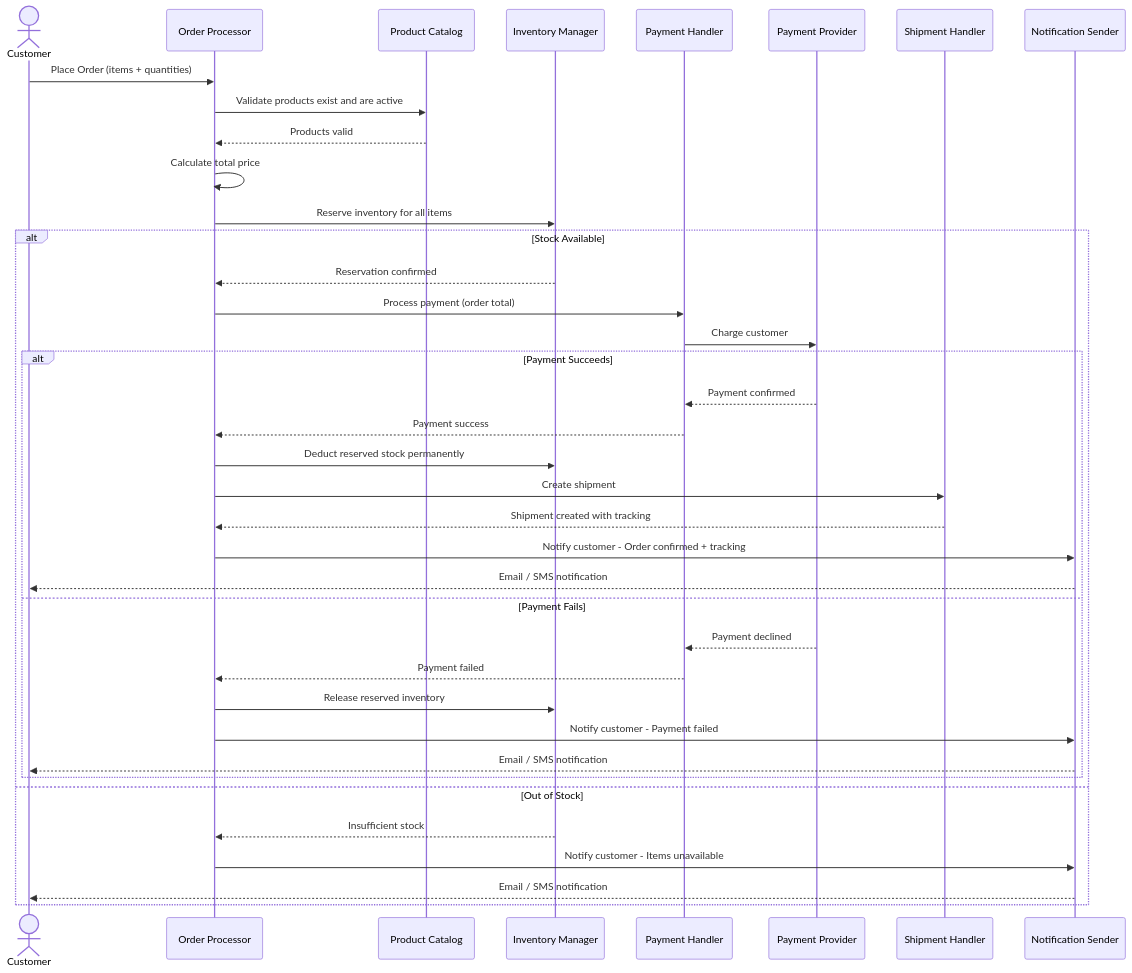
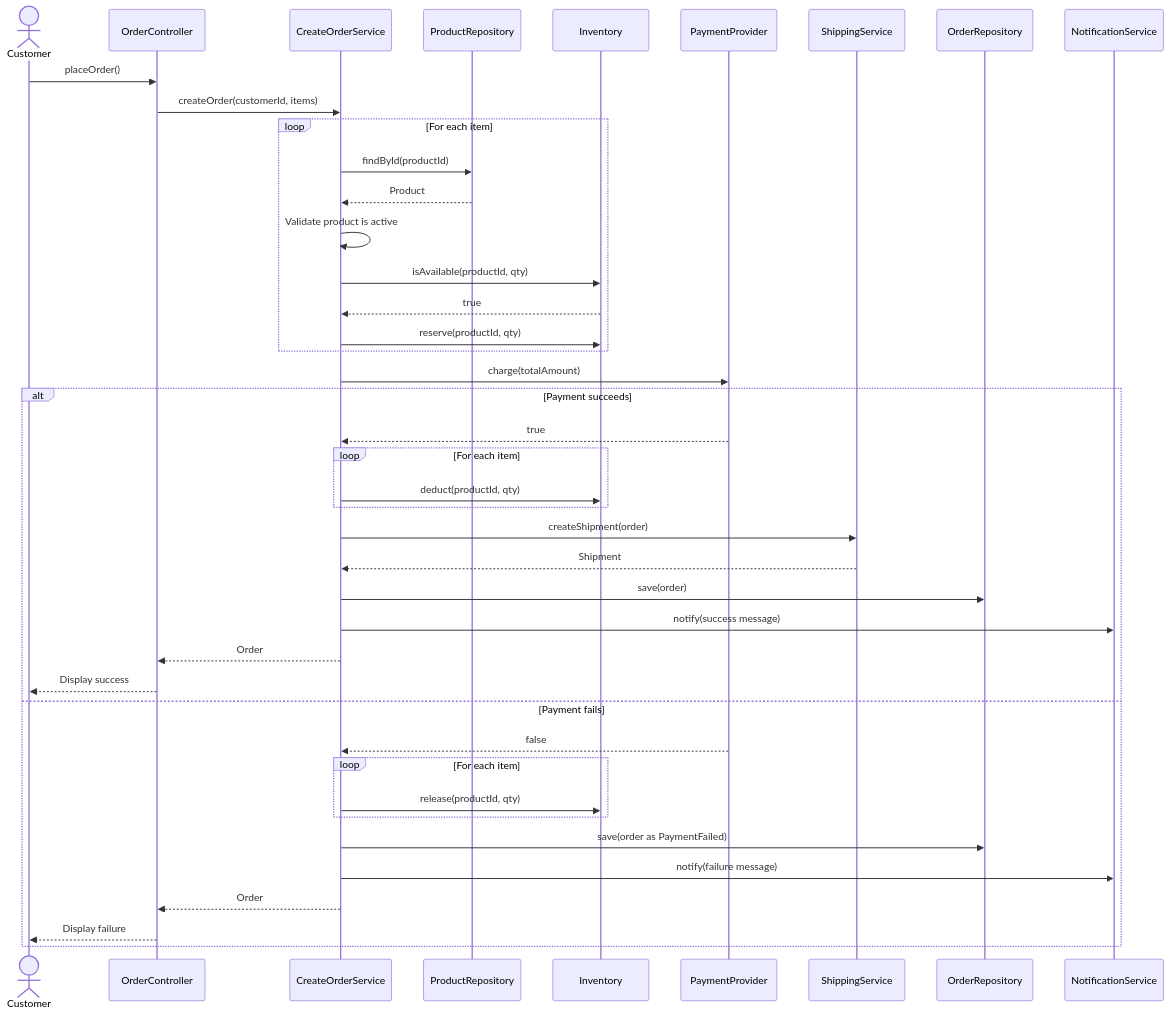
One commit to GziXnine/Order_Management_System changed the third of 6 diagrams in README.md. Above: the diagram before and after it, drawn with Mermaid. The commit also changed other lines of this file and 3 other files, not shown here.

````diff
--- a/README.md
+++ b/README.md
@@ -227,44 +279,48 @@
 ```mermaid
 sequenceDiagram
     actor C as Customer
-    participant O as Order Processor
-    participant P as Product Catalog
-    participant I as Inventory Manager
-    participant Pay as Payment Handler
-    participant PP as Payment Provider
-    participant S as Shipment Handler
-    participant N as Notification Sender
+    participant Ctrl as OrderController
+    participant Svc as CreateOrderService
+    participant PR as ProductRepository
+    participant I as Inventory
+    participant Pay as PaymentProvider
+    participant Ship as ShippingService
+    participant Repo as OrderRepository
+    participant N as NotificationService
 
-    C->>O: Place Order (items + quantities)
-    O->>P: Validate products exist and are active
-    P-->>O: Products valid
+    C->>Ctrl: placeOrder()
+    Ctrl->>Svc: createOrder(customerId, items)
 
-    O->>O: Calculate total price
-    O->>I: Reserve inventory for all items
-    
-    alt Stock Available
-        I-->>O: Reservation confirmed
-        O->>Pay: Process payment (order total)
-        Pay->>PP: Charge customer
-        
-        alt Payment Succeeds
-            PP-->>Pay: Payment confirmed
-            Pay-->>O: Payment success
-            O->>I: Deduct reserved stock permanently
-            O->>S: Create shipment
-            S-->>O: Shipment created with tracking
-            O->>N: Notify customer - Order confirmed + tracking
-            N-->>C: Email / SMS notification
-        else Payment Fails
-            PP-->>Pay: Payment declined
-            Pay-->>O: Payment failed
-            O->>I: Release reserved inventory
-            O->>N: Notify customer - Payment failed
-            N-->>C: Email / SMS notification
+    loop For each item
+        Svc->>PR: findById(productId)
+        PR-->>Svc: Product
+        Svc->>Svc: Validate product is active
+        Svc->>I: isAvailable(productId, qty)
+        I-->>Svc: true
+        Svc->>I: reserve(productId, qty)
+    end
+
+    Svc->>Pay: charge(totalAmount)
+
+    alt Payment succeeds
+        Pay-->>Svc: true
+        loop For each item
+            Svc->>I: deduct(productId, qty)
         end
-    else Out of Stock
-        I-->>O: Insufficient stock
-        O->>N: Notify customer - Items unavailable
-        N-->>C: Email / SMS notification
+        Svc->>Ship: createShipment(order)
+        Ship-->>Svc: Shipment
+        Svc->>Repo: save(order)
+        Svc->>N: notify(success message)
+        Svc-->>Ctrl: Order
+        Ctrl-->>C: Display success
+    else Payment fails
+        Pay-->>Svc: false
+        loop For each item
+            Svc->>I: release(productId, qty)
+        end
+        Svc->>Repo: save(order as PaymentFailed)
+        Svc->>N: notify(failure message)
+        Svc-->>Ctrl: Order
+        Ctrl-->>C: Display failure
     end
 ```
````
